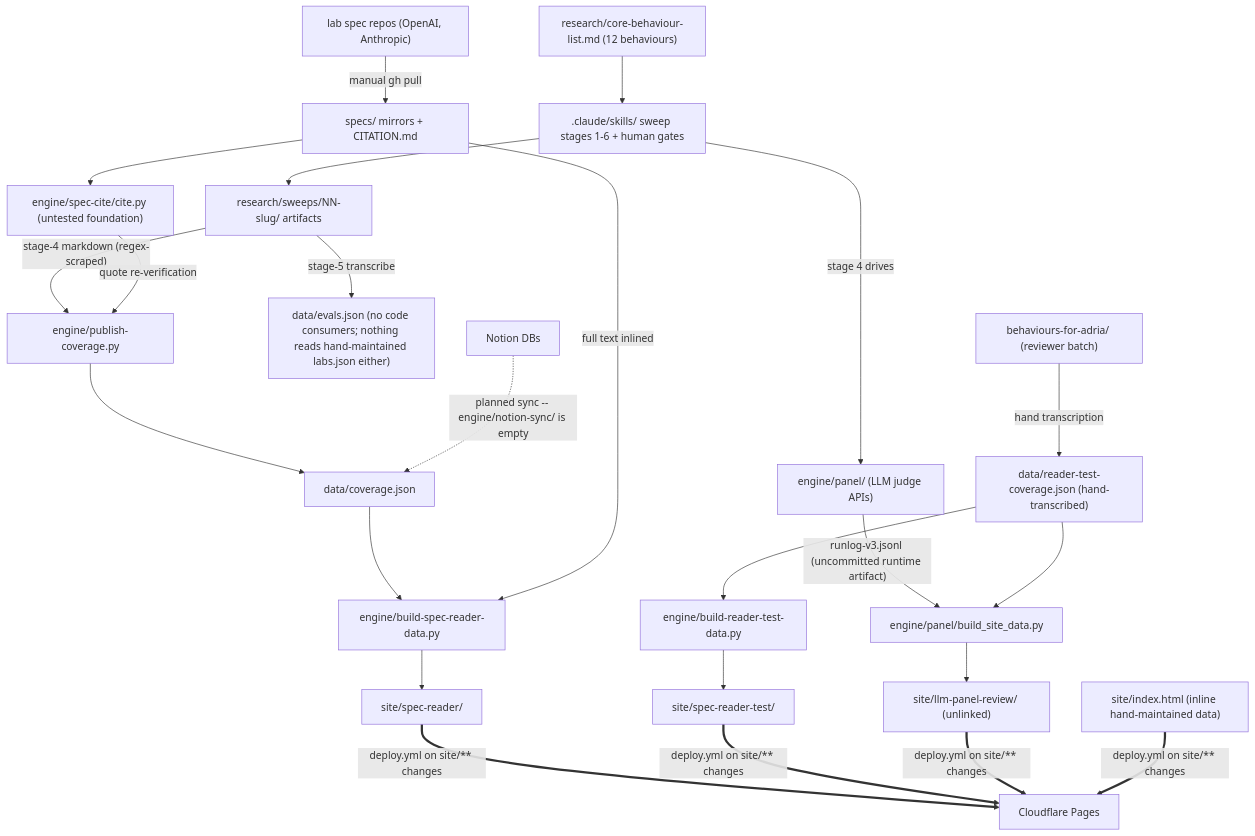
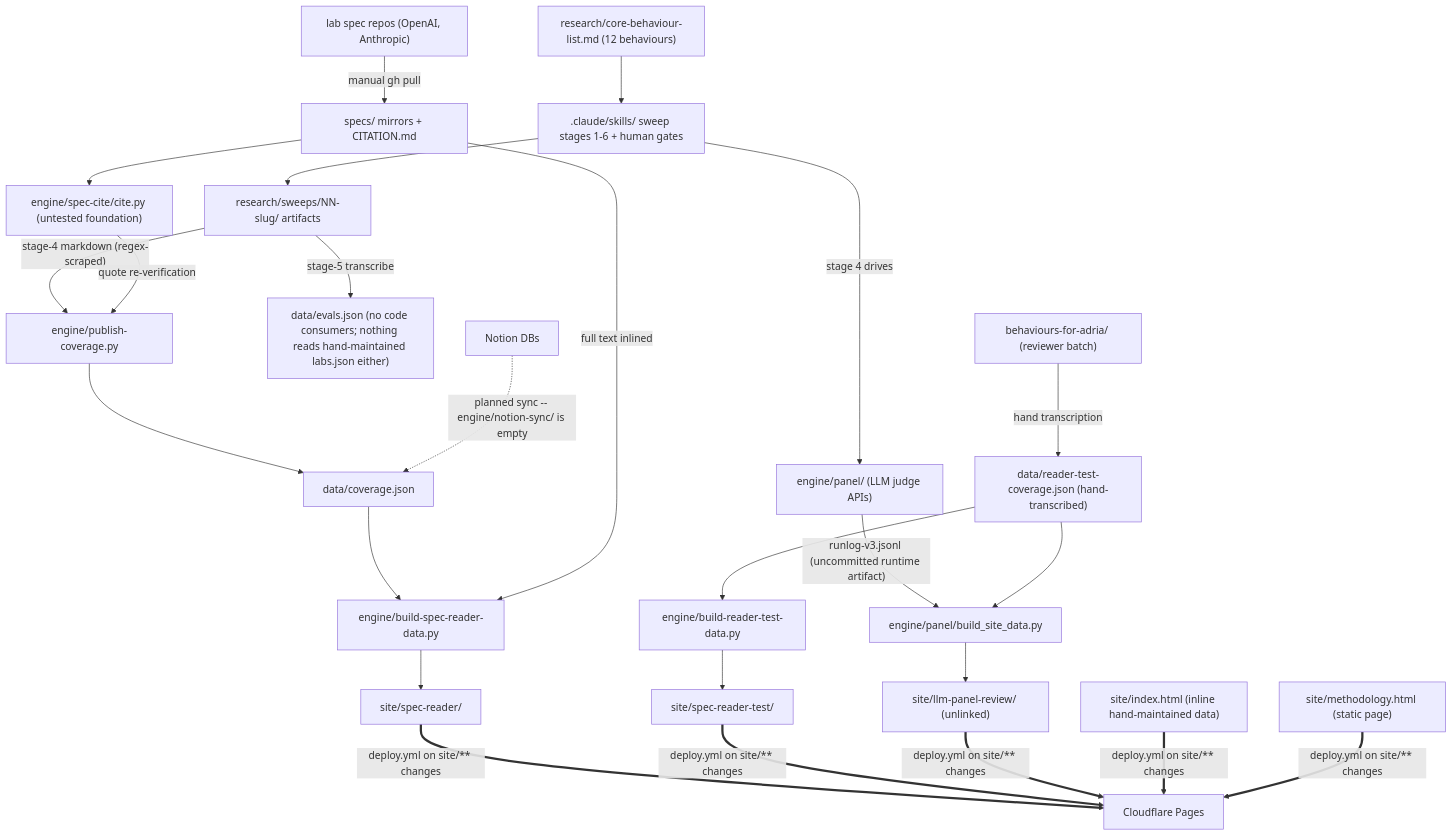
Before and after one commit to AndresCotton/ai-character-index: the diagram in SYSTEM.md, drawn with Mermaid. The commit also changed 4 other files, not shown here.

First line of the commit message:
docs: round-9 review fixes -- ruling status reconciled, mermaid fan-in, evals artifact line

````diff
--- a/SYSTEM.md
+++ b/SYSTEM.md
@@ -13,24 +13,25 @@
 ```mermaid
 graph TB
   upstream["lab spec repos (OpenAI, Anthropic)"] -->|"manual gh pull"| specs["specs/ mirrors + CITATION.md"]
   specs --> cite["engine/spec-cite/cite.py (untested foundation)"]
   core["research/core-behaviour-list.md (12 behaviours)"] --> skills[".claude/skills/ sweep stages 1-6 + human gates"]
   skills --> sweeps["research/sweeps/NN-slug/ artifacts"]
   skills -->|"stage 4 drives"| panel["engine/panel/ (LLM judge APIs)"]
   sweeps -->|"stage-4 markdown (regex-scraped)"| pub["engine/publish-coverage.py"]
   cite -->|"quote re-verification"| pub
   pub --> cov["data/coverage.json"]
   sweeps -->|"stage-5 transcribe"| unused["data/evals.json (no code consumers; nothing reads hand-maintained labs.json either)"]
   panel -->|"runlog-v3.jsonl (uncommitted runtime artifact)"| bsd["engine/panel/build_site_data.py"]
   rtc["data/reader-test-coverage.json (hand-transcribed)"] --> bsd
   rtc --> brt["engine/build-reader-test-data.py"]
   cov --> bsr["engine/build-spec-reader-data.py"]
   specs -->|"full text inlined"| bsr
   bsr --> reader["site/spec-reader/"]
   brt --> bench["site/spec-reader-test/"]
   bsd --> panelview["site/llm-panel-review/ (unlinked)"]
   adria["behaviours-for-adria/ (reviewer batch)"] -->|"hand transcription"| rtc
   proto["site/index.html (inline hand-maintained data)"]
-  reader & bench & panelview & proto ==>|"deploy.yml on site/** changes"| cf["Cloudflare Pages"]
+  meth["site/methodology.html (static page)"]
+  reader & bench & panelview & proto & meth ==>|"deploy.yml on site/** changes"| cf["Cloudflare Pages"]
   notion["Notion DBs"] -.->|"planned sync -- engine/notion-sync/ is empty"| cov
 ```
````
